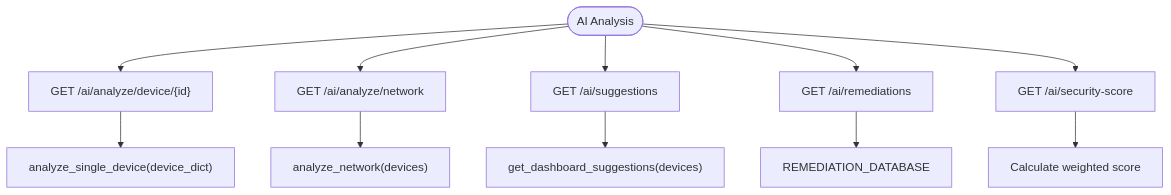
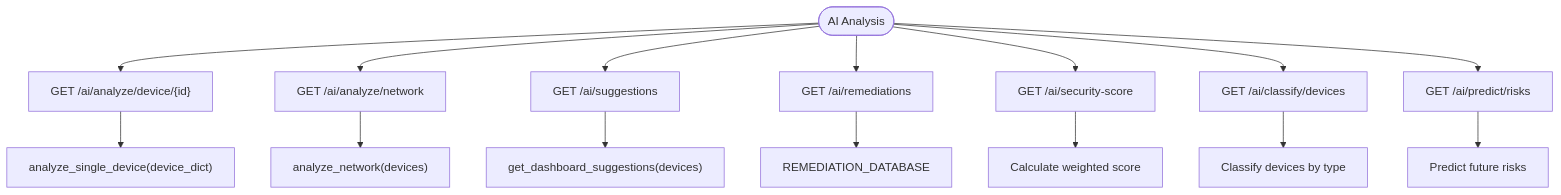
Diagram 11 of 14 in .qoder/repowiki/en/content/System Architecture/Backend Architecture.md (MohandWaleed3/PentexOne), drawn with Mermaid before and after one commit. The commit also changed other lines of this file and 16 other files, not shown here.

````diff
--- a/.qoder/repowiki/en/content/System Architecture/Backend Architecture.md
+++ b/.qoder/repowiki/en/content/System Architecture/Backend Architecture.md
@@ -446,13 +465,17 @@
 ```mermaid
 flowchart TD
 Start(["AI Analysis"]) --> Single["GET /ai/analyze/device/{id}"]
 Single --> AnalyzeSingle["analyze_single_device(device_dict)"]
 Start --> Network["GET /ai/analyze/network"]
 Network --> AnalyzeNetwork["analyze_network(devices)"]
 Start --> Suggestions["GET /ai/suggestions"]
 Suggestions --> DashSugg["get_dashboard_suggestions(devices)"]
 Start --> Remediation["GET /ai/remediations"]
 Remediation --> RemDB["REMEDIATION_DATABASE"]
 Start --> Score["GET /ai/security-score"]
 Score --> CalcScore["Calculate weighted score"]
+Start --> Classify["GET /ai/classify/devices"]
+Classify --> DeviceType["Classify devices by type"]
+Start --> Predict["GET /ai/predict/risks"]
+Predict --> FutureRisk["Predict future risks"]
 ```
````
